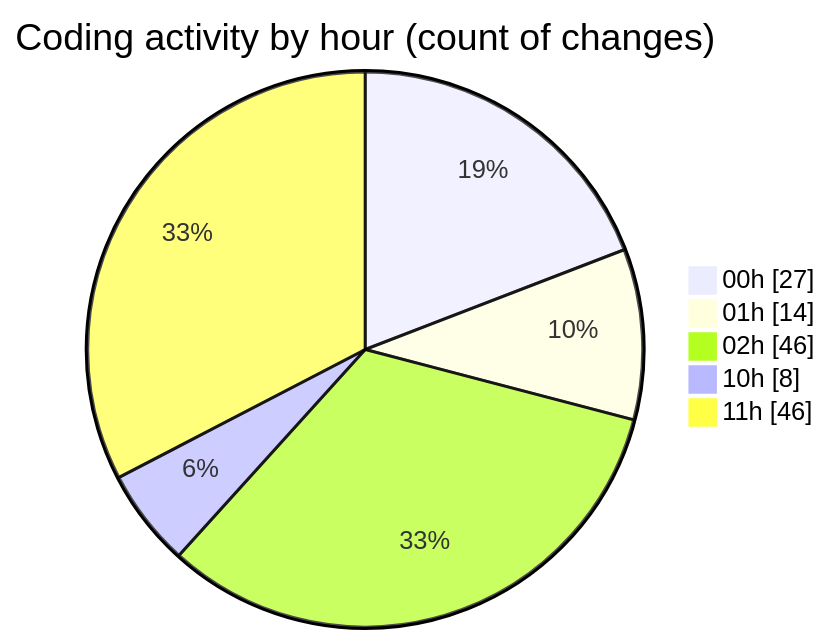
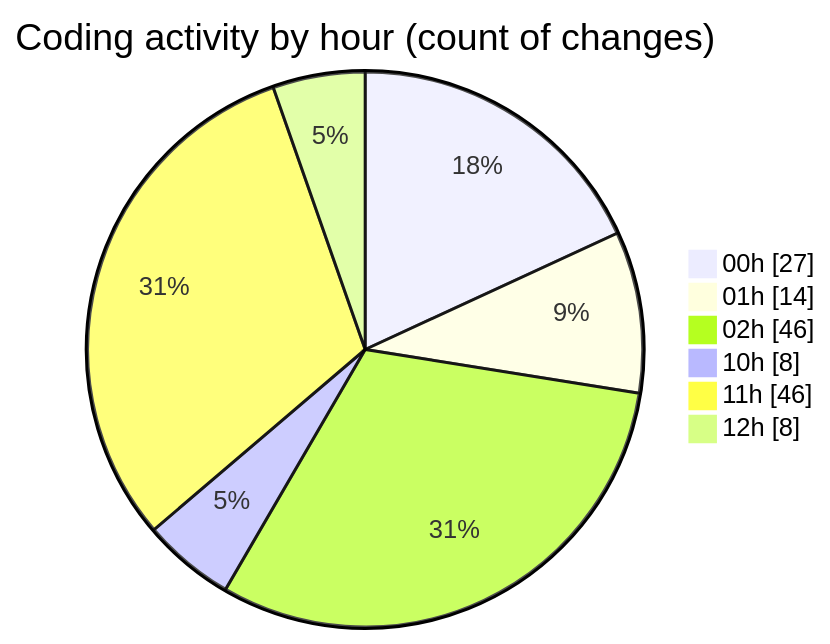
Before and after one commit to lephambinh05/code-tracking: the second of 2 diagrams in 2025-07-17/nhahang/README.md, drawn with Mermaid. The commit also changed other lines of this file and 1 other file, not shown here.

````diff
--- a/2025-07-17/nhahang/README.md
+++ b/2025-07-17/nhahang/README.md
@@ -64,9 +67,10 @@
 ```mermaid
 pie showData
 title Coding activity by hour (count of changes)
 "00h" : 27
 "01h" : 14
 "02h" : 46
 "10h" : 8
 "11h" : 46
+"12h" : 8
 ```
````
